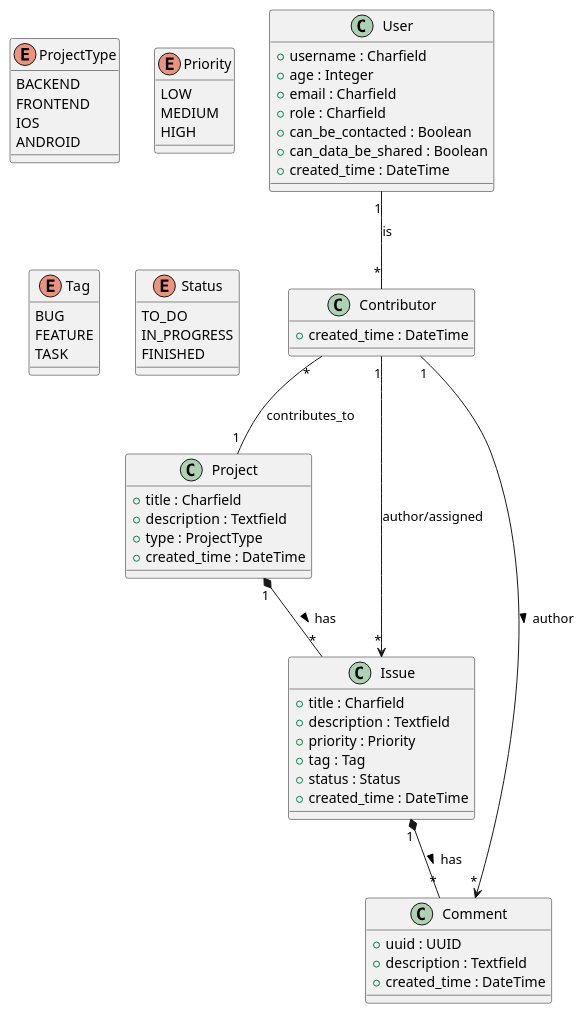
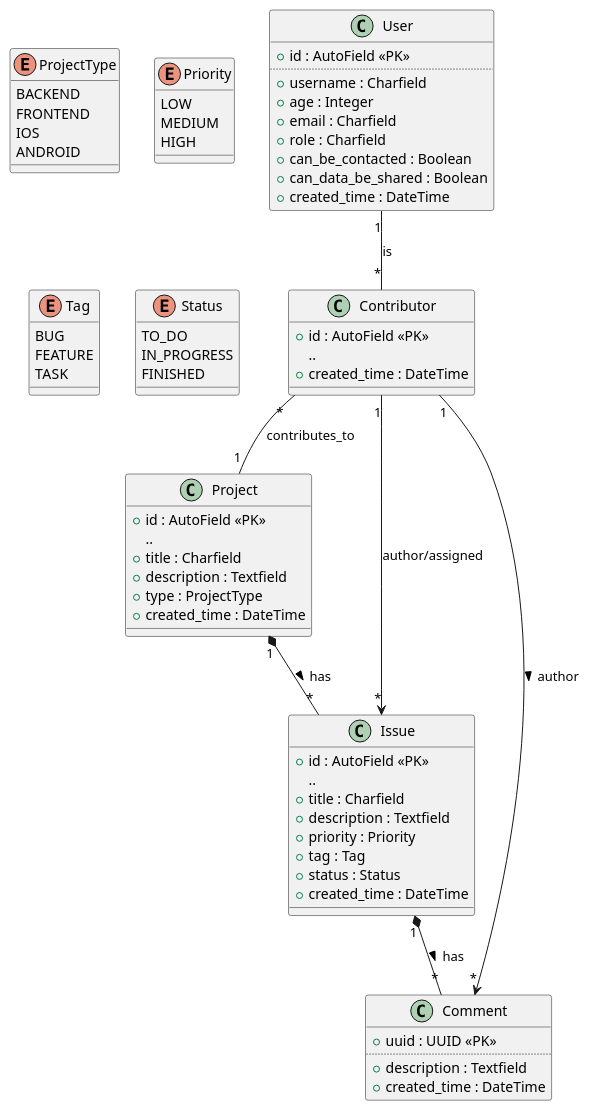
One commit to MithrandirEa/P10_SoftDesk_API changed the diagram in SoftDesk-Classes.puml. Above: the diagram before and after it, drawn with PlantUML. The commit also changed 2 other files, not shown here.

Commit message:
Création du diagrammede classes

```diff
--- a/SoftDesk-Classes.puml
+++ b/SoftDesk-Classes.puml
@@ -1,85 +1,97 @@
 @startuml SoftDesk-Classes
 
 '--- ENUMERATIONS (Pour les choix fixes) ---
 enum ProjectType {
     BACKEND
     FRONTEND
     IOS
     ANDROID
 }
 
 enum Priority {
     LOW
     MEDIUM
     HIGH
 }
 
 enum Tag {
     BUG
     FEATURE
     TASK
 }
 
 enum Status {
     TO_DO
     IN_PROGRESS
     FINISHED
 }
 
 '--- CLASSES ---
 
 class User{
+    + id : AutoField <<PK>>
+    ..
     + username : Charfield
     + age : Integer
     + email : Charfield
     + role : Charfield
     + can_be_contacted : Boolean
     + can_data_be_shared : Boolean
     + created_time : DateTime
 }
 
 class Contributor{
+
+    + id : AutoField <<PK>>
+    ..
     + created_time : DateTime
 }
 
 class Project {
+
+    + id : AutoField <<PK>>
+    ..
     + title : Charfield
     + description : Textfield
     + type : ProjectType
     + created_time : DateTime
 }
 
 class Issue {
+
+    + id : AutoField <<PK>>
+    ..
     +title : Charfield
     + description : Textfield
     + priority : Priority
     + tag : Tag
     + status : Status
     + created_time : DateTime
 }
 
 class Comment {
-    + uuid : UUID
+    + uuid : UUID <<PK>>
+    ..
     + description : Textfield
     + created_time : DateTime
 }
 
 '--- RELATIONS ---
 
 ' Un User peut avoir plusieurs contributions
 User "1" -- "*" Contributor : is
 
 'Un Contributor est lié à un projet
 Contributor "*" -- "1" Project : contributes_to
 
 'Un projet contient des Issues (Composition : si on supprime le projet, les issues disparaissent)
 Project "1" *-- "*" Issue : has >
 
 'Une Issue contient des Comments
 Issue "1" *-- "*" Comment : has >
 
 'Un auteur (User ou Contributor) crée les ressources
 Contributor "1" --> "*" Issue : author/assigned
 Contributor "1" --> "*" Comment : author >
 
 @enduml
```
